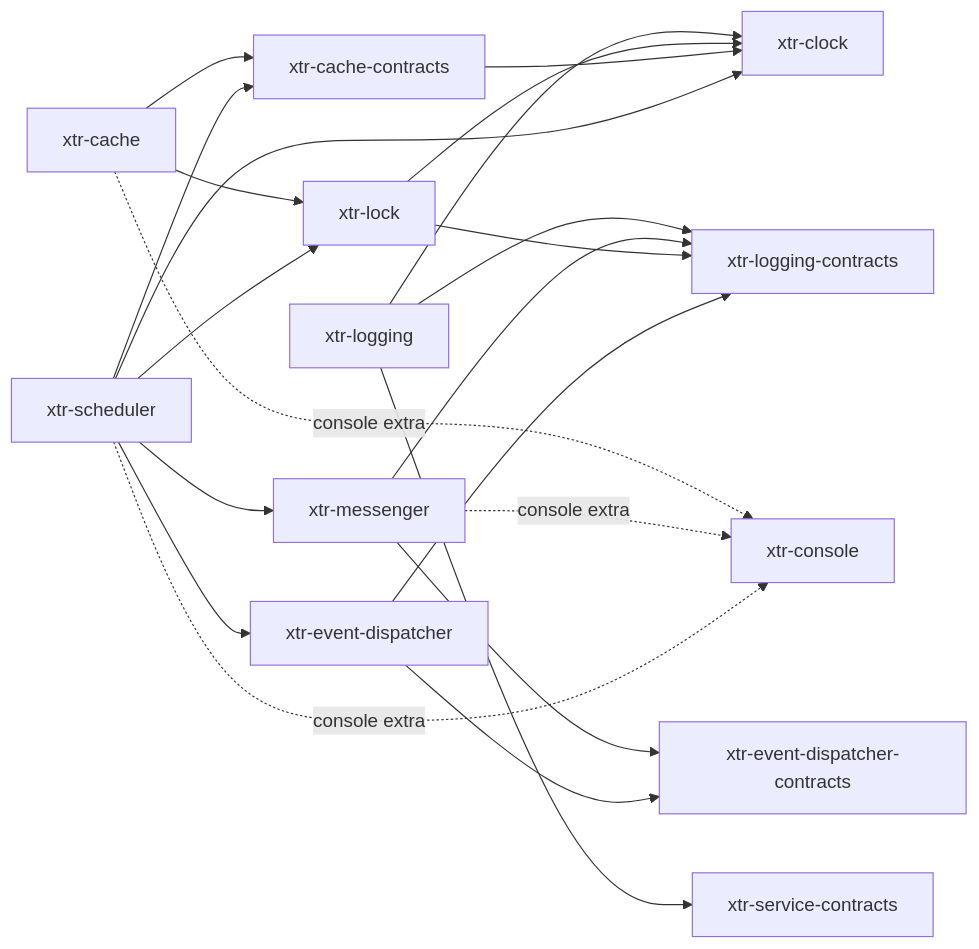
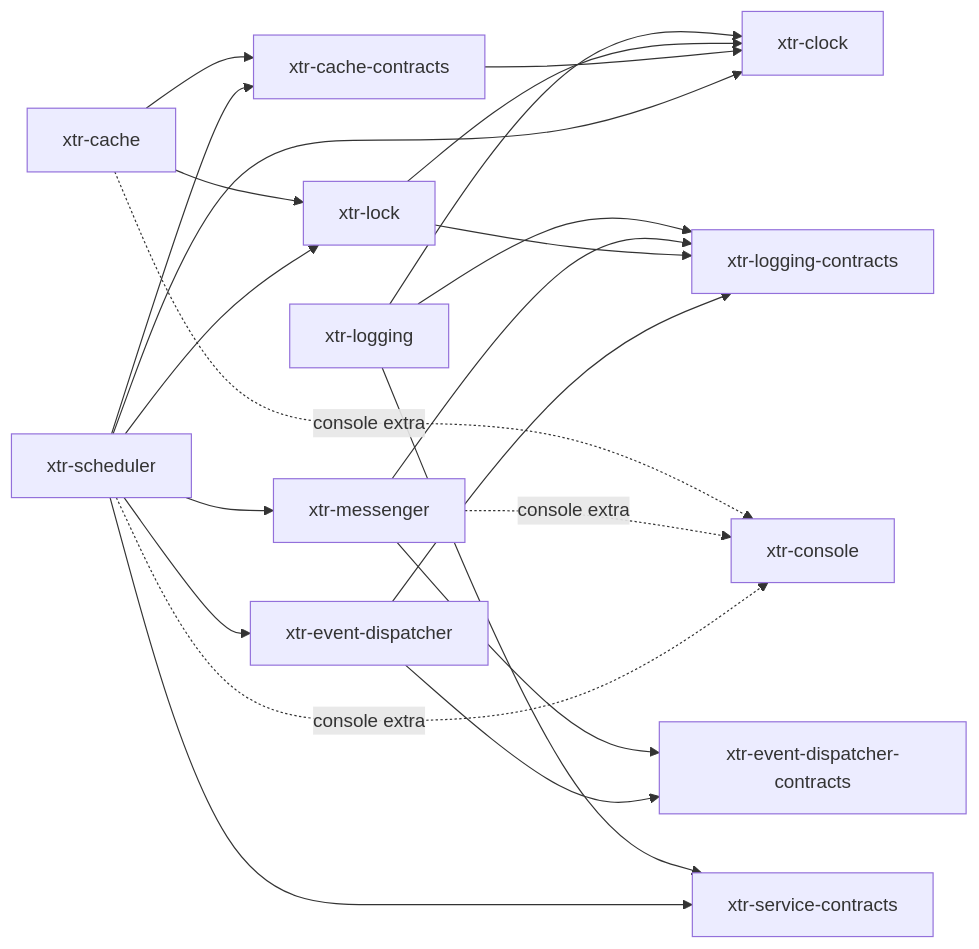
The diagram in README.md (xterr/python-xtr), drawn with Mermaid before and after one commit. The commit also changed other lines of this file, not shown here.

Commit message:
docs: add the scheduler's service contracts edge, its install line and the example to the readme

````diff
--- a/README.md
+++ b/README.md
@@ -41,23 +41,24 @@
 ```mermaid
 graph LR
     logging[xtr-logging] --> clock[xtr-clock]
     logging --> logcon[xtr-logging-contracts]
     logging --> svccon[xtr-service-contracts]
     messenger[xtr-messenger] --> logcon
     messenger --> eventcon
     lock[xtr-lock] --> clock
     lock --> logcon
     cachecon[xtr-cache-contracts] --> clock
     cache[xtr-cache] --> cachecon
     cache --> lock
     cache -. console extra .-> console
     events[xtr-event-dispatcher] --> eventcon[xtr-event-dispatcher-contracts]
     events --> logcon
     messenger -. console extra .-> console[xtr-console]
     scheduler[xtr-scheduler] --> messenger
     scheduler --> clock
     scheduler --> lock
     scheduler --> cachecon
     scheduler --> events
+    scheduler --> svccon
     scheduler -. console extra .-> console
 ```
````
